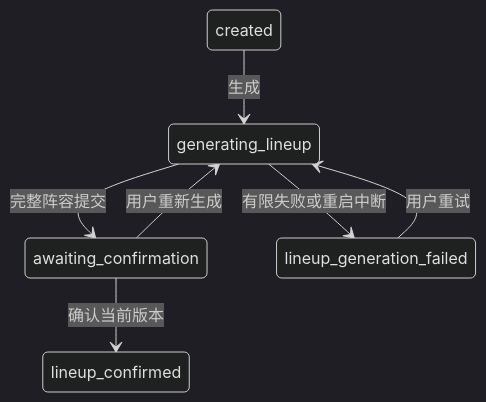
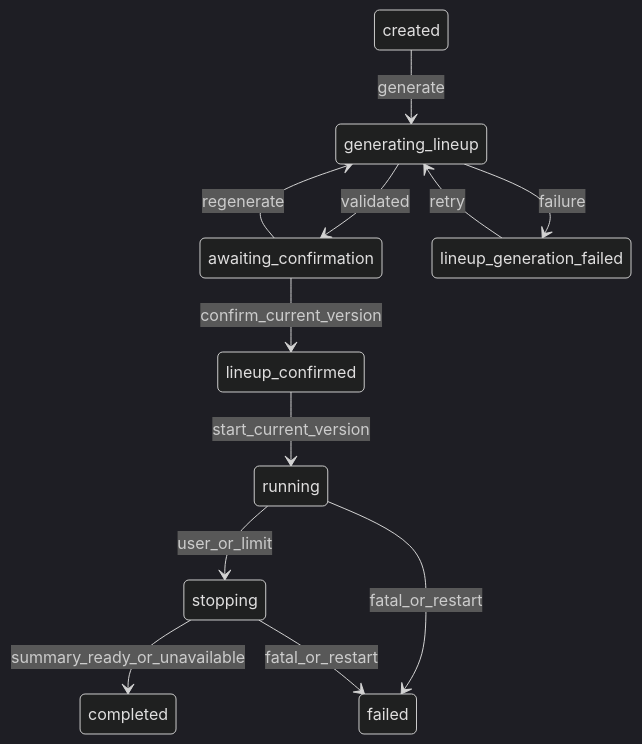
The second of 3 diagrams in docs/architecture.md (schen0690-boop/-mvp), drawn with Mermaid (dark theme) before and after one commit. The commit also changed other lines of this file and 57 other files, not shown here.

````diff
--- a/docs/architecture.md
+++ b/docs/architecture.md
@@ -66,9 +44,14 @@
 ```mermaid
 stateDiagram-v2
-  created --> generating_lineup: 生成
-  generating_lineup --> awaiting_confirmation: 完整阵容提交
-  generating_lineup --> lineup_generation_failed: 有限失败或重启中断
-  lineup_generation_failed --> generating_lineup: 用户重试
-  awaiting_confirmation --> generating_lineup: 用户重新生成
-  awaiting_confirmation --> lineup_confirmed: 确认当前版本
+  created --> generating_lineup: generate
+  generating_lineup --> awaiting_confirmation: validated
+  generating_lineup --> lineup_generation_failed: failure
+  lineup_generation_failed --> generating_lineup: retry
+  awaiting_confirmation --> generating_lineup: regenerate
+  awaiting_confirmation --> lineup_confirmed: confirm_current_version
+  lineup_confirmed --> running: start_current_version
+  running --> stopping: user_or_limit
+  stopping --> completed: summary_ready_or_unavailable
+  running --> failed: fatal_or_restart
+  stopping --> failed: fatal_or_restart
 ```
````
